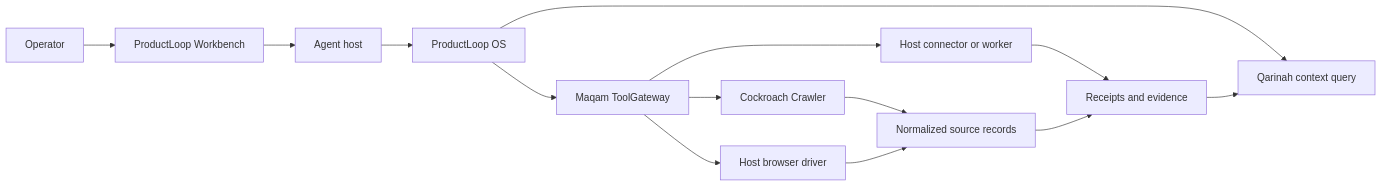
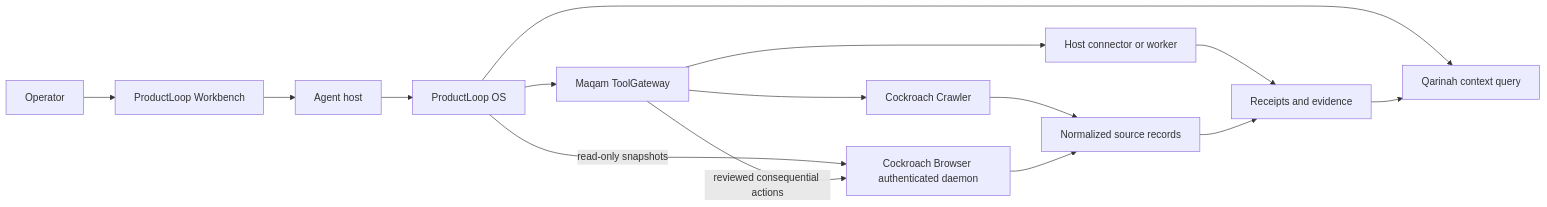
One commit to AjnasNB/productloop-os changed the diagram in docs/agent-stack.md. Above: the diagram before and after it, drawn with Mermaid. The commit also changed other lines of this file and 22 other files, not shown here.

First line of the commit message:
feat: connect ProductLoop to real Cockroach Browser (#35)

````diff
--- a/docs/agent-stack.md
+++ b/docs/agent-stack.md
@@ -13,16 +14,17 @@
 ```mermaid
 flowchart LR
   Operator["Operator"] --> Workbench["ProductLoop Workbench"]
   Workbench --> Host["Agent host"]
   Host --> Loop["ProductLoop OS"]
   Loop --> Context["Qarinah context query"]
   Loop --> Gateway["Maqam ToolGateway"]
+  Loop -->|"read-only snapshots"| Browser["Cockroach Browser authenticated daemon"]
   Gateway --> Crawler["Cockroach Crawler"]
-  Gateway --> Browser["Host browser driver"]
+  Gateway -->|"reviewed consequential actions"| Browser
   Gateway --> Connector["Host connector or worker"]
   Crawler --> Records["Normalized source records"]
   Browser --> Records
   Connector --> Evidence["Receipts and evidence"]
   Records --> Evidence
   Evidence --> Context
 ```
````
